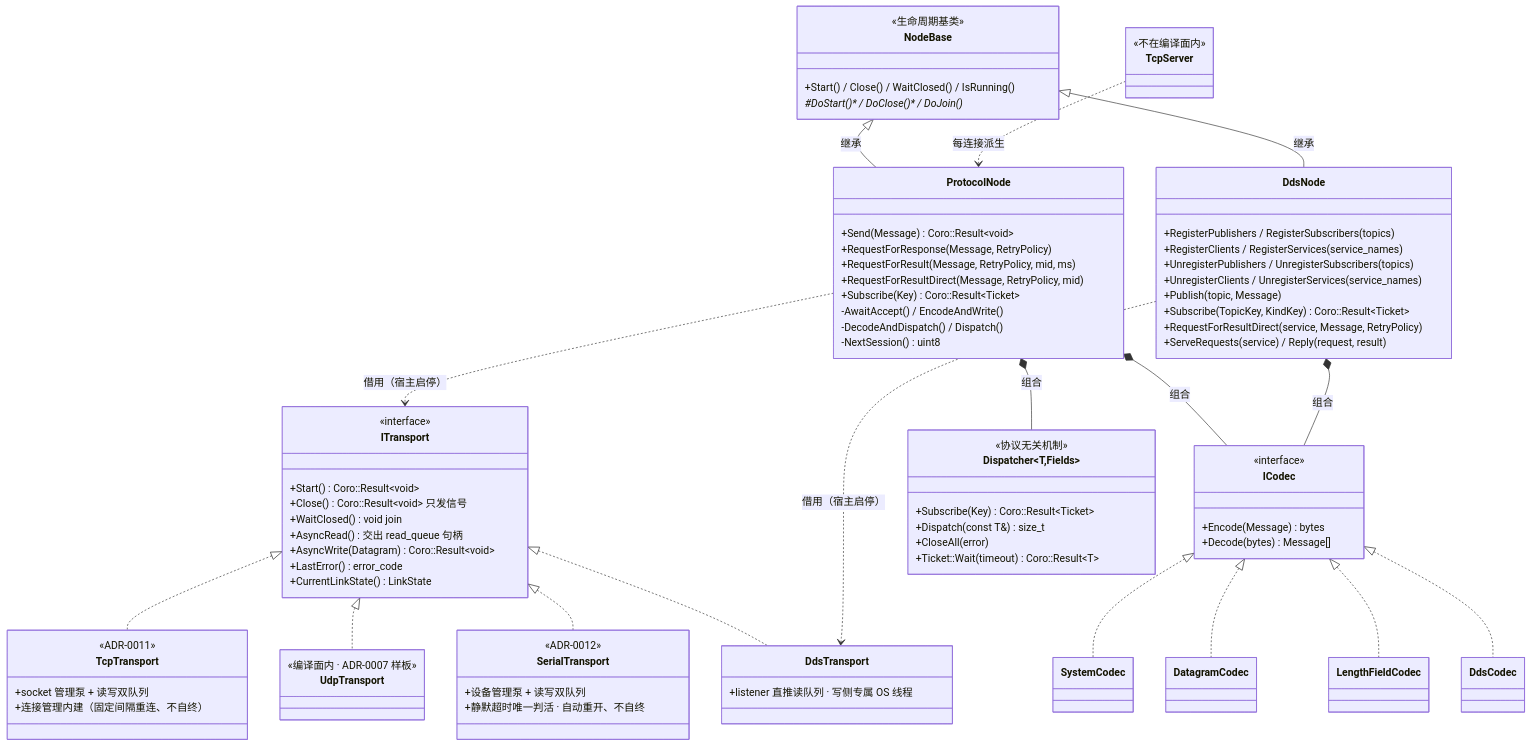
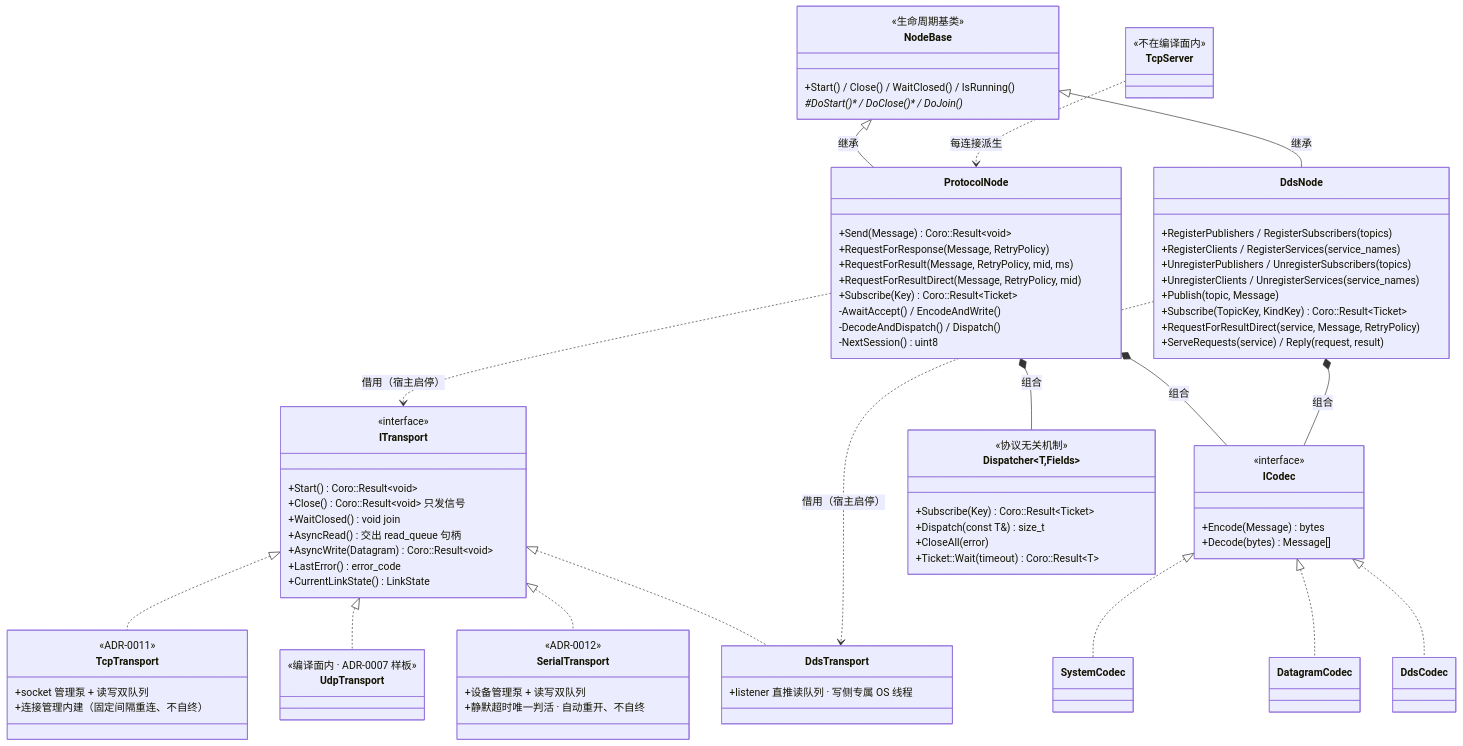
One commit to Ste7an-cs/Transport changed the diagram in docs/diagrams/arch-class.mmd. Above: the diagram before and after it, drawn with Mermaid. The commit also changed 14 other files, not shown here.

First line of the commit message:
docs+refactor:删除 LengthFieldCodec,并同步 ADR-0020 的 Message 重构文档

```diff
--- a/docs/diagrams/arch-class.mmd
+++ b/docs/diagrams/arch-class.mmd
@@ -1,93 +1,91 @@
 classDiagram
     direction TB
 
     class ITransport {
         <<interface>>
         +Start() Coro::Result~void~
         +Close() Coro::Result~void~  只发信号
         +WaitClosed() void  join
         +AsyncRead() 交出 read_queue 句柄
         +AsyncWrite(Datagram) Coro::Result~void~
         +LastError() error_code
         +CurrentLinkState() LinkState
     }
     class ICodec {
         <<interface>>
         +Encode(Message) bytes
         +Decode(bytes) Message[]
     }
 
     class ProtocolNode {
         +Send(Message) Coro::Result~void~
         +RequestForResponse(Message, RetryPolicy)
         +RequestForResult(Message, RetryPolicy, mid, ms)
         +RequestForResultDirect(Message, RetryPolicy, mid)
         +Subscribe(Key) Coro::Result~Ticket~
         -AwaitAccept() / EncodeAndWrite()
         -DecodeAndDispatch() / Dispatch()
         -NextSession() uint8
     }
     class DdsNode {
         +RegisterPublishers / RegisterSubscribers(topics)
         +RegisterClients / RegisterServices(service_names)
         +UnregisterPublishers / UnregisterSubscribers(topics)
         +UnregisterClients / UnregisterServices(service_names)
         +Publish(topic, Message)
         +Subscribe(TopicKey, KindKey) Coro::Result~Ticket~
         +RequestForResultDirect(service, Message, RetryPolicy)
         +ServeRequests(service) / Reply(request, result)
     }
     class NodeBase {
         <<生命周期基类>>
         +Start() / Close() / WaitClosed() / IsRunning()
         #DoStart()* / DoClose()* / DoJoin()*
     }
     class Dispatcher~T,Fields~ {
         <<协议无关机制>>
         +Subscribe(Key) Coro::Result~Ticket~
         +Dispatch(const T&) size_t
         +CloseAll(error)
         +Ticket::Wait(timeout) Coro::Result~T~
     }
 
     class TcpTransport {
         <<ADR-0011>>
         +socket 管理泵 + 读写双队列
         +连接管理内建（固定间隔重连、不自终）
     }
     class UdpTransport {
         <<编译面内 · ADR-0007 样板>>
     }
     class SerialTransport {
         <<ADR-0012>>
         +设备管理泵 + 读写双队列
         +静默超时唯一判活 · 自动重开、不自终
     }
     class DdsTransport {
         +listener 直推读队列 · 写侧专属 OS 线程
     }
     class TcpServer {
         <<不在编译面内>>
     }
     class SystemCodec
     class DatagramCodec
-    class LengthFieldCodec
     class DdsCodec
 
     ITransport <|.. TcpTransport
     ITransport <|.. UdpTransport
     ITransport <|.. SerialTransport
     ITransport <|.. DdsTransport
     ICodec <|.. SystemCodec
     ICodec <|.. DatagramCodec
-    ICodec <|.. LengthFieldCodec
     ICodec <|.. DdsCodec
 
     ProtocolNode ..> ITransport : 借用（宿主启停）
     ProtocolNode *-- ICodec : 组合
     ProtocolNode *-- Dispatcher : 组合
     NodeBase <|-- ProtocolNode : 继承
     DdsNode ..> DdsTransport : 借用（宿主启停）
     DdsNode *-- ICodec : 组合
     NodeBase <|-- DdsNode : 继承
     TcpServer ..> ProtocolNode : 每连接派生
```
